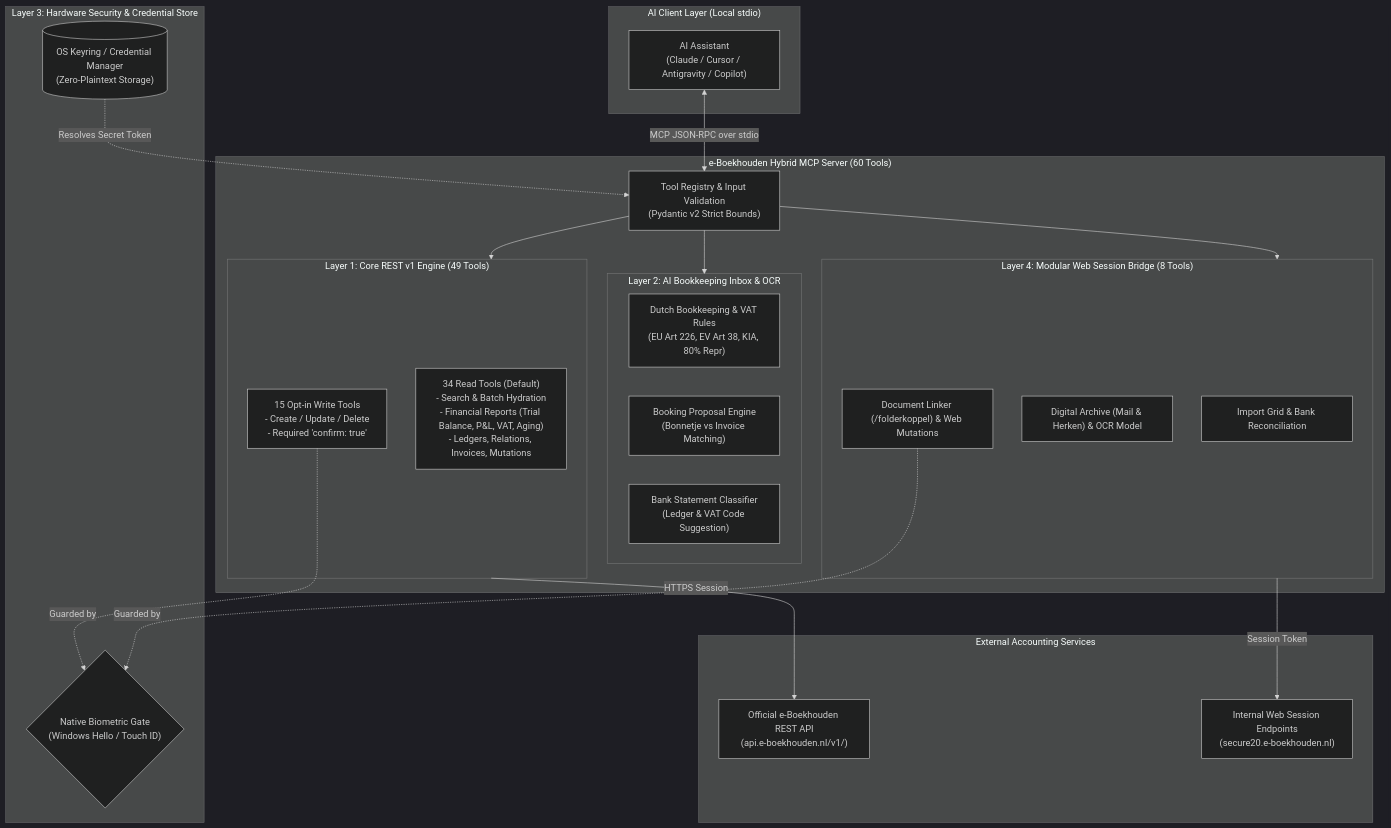
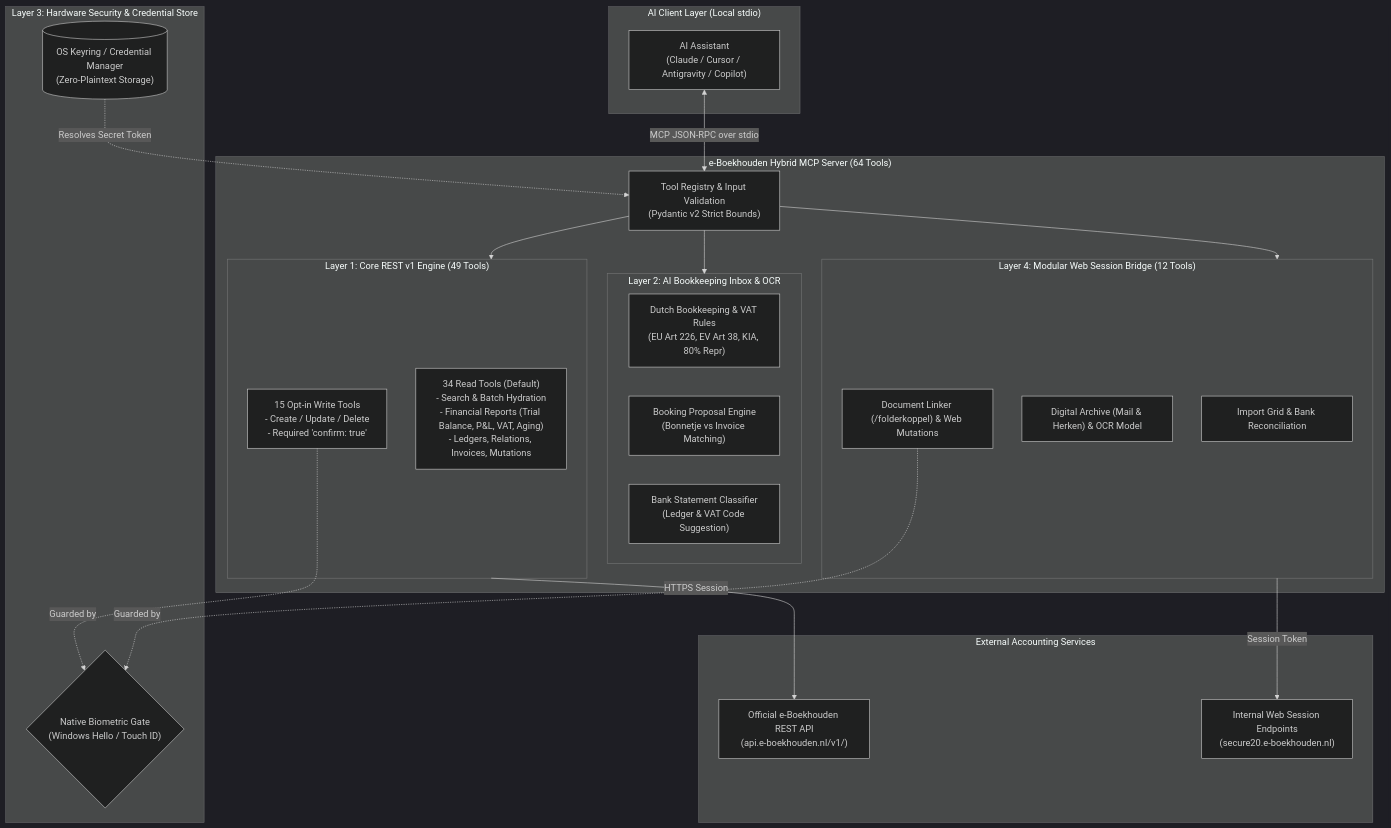
One commit to hemelbesem90s/e-Boekhouden-MCP changed the diagram in README.md. Above: the diagram before and after it, drawn with Mermaid (dark theme). The commit also changed other lines of this file and 9 other files, not shown here.

Commit message:
feat(web-session): normalize mutation payloads and add archive upload/move/folder and mutation delete tools

````diff
--- a/README.md
+++ b/README.md
@@ -43,47 +43,47 @@
 ```mermaid
 flowchart TD
     subgraph ClientLayer["AI Client Layer (Local stdio)"]
         AI["AI Assistant\n(Claude / Cursor / Antigravity / Copilot)"]
     end
 
     subgraph SecurityLayer["Layer 3: Hardware Security & Credential Store"]
         BioGate{"Native Biometric Gate\n(Windows Hello / Touch ID)"}
         KeyringStore[("OS Keyring / Credential Manager\n(Zero-Plaintext Storage)")]
     end
 
-    subgraph MCPServer["e-Boekhouden Hybrid MCP Server (60 Tools)"]
+    subgraph MCPServer["e-Boekhouden Hybrid MCP Server (64 Tools)"]
         Registry["Tool Registry & Input Validation\n(Pydantic v2 Strict Bounds)"]
         
         subgraph L1["Layer 1: Core REST v1 Engine (49 Tools)"]
             RESTRead["34 Read Tools (Default)\n- Search & Batch Hydration\n- Financial Reports (Trial Balance, P&L, VAT, Aging)\n- Ledgers, Relations, Invoices, Mutations"]
             RESTWrite["15 Opt-in Write Tools\n- Create / Update / Delete\n- Required 'confirm: true'"]
         end
 
         subgraph L2["Layer 2: AI Bookkeeping Inbox & OCR"]
             DutchRules["Dutch Bookkeeping & VAT Rules\n(EU Art 226, EV Art 38, KIA, 80% Repr)"]
             Proposal["Booking Proposal Engine\n(Bonnetje vs Invoice Matching)"]
             BankClassify["Bank Statement Classifier\n(Ledger & VAT Code Suggestion)"]
         end
 
-        subgraph L4["Layer 4: Modular Web Session Bridge (8 Tools)"]
+        subgraph L4["Layer 4: Modular Web Session Bridge (12 Tools)"]
             WebGrid["Import Grid & Bank Reconciliation"]
             WebArchive["Digital Archive (Mail & Herken) & OCR Model"]
             WebAttach["Document Linker (/folderkoppel) & Web Mutations"]
         end
     end
 
     subgraph RemoteAPI["External Accounting Services"]
         OfficialAPI["Official e-Boekhouden REST API\n(api.e-boekhouden.nl/v1/)"]
         WebSession["Internal Web Session Endpoints\n(secure20.e-boekhouden.nl)"]
     end
 
     AI <-->|MCP JSON-RPC over stdio| Registry
     KeyringStore -.->|Resolves Secret Token| Registry
     Registry --> L1
     Registry --> L2
     Registry --> L4
     RESTWrite -.->|Guarded by| BioGate
     WebAttach -.->|Guarded by| BioGate
     L1 -->|HTTPS Session| OfficialAPI
     L4 -->|Session Token| WebSession
 ```
````
